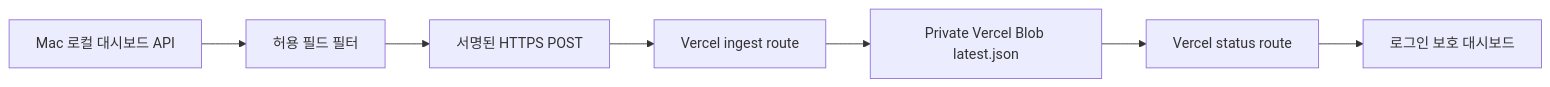
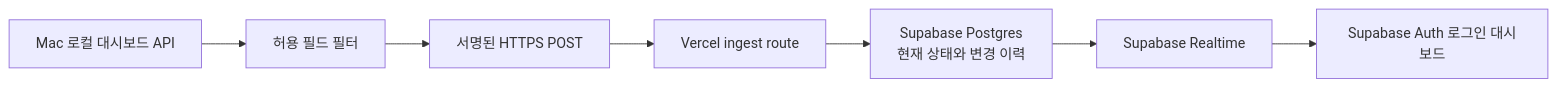
One commit to pmh10401/Dataset changed the diagram in docs/superpowers/specs/2026-07-20-vercel-dashboard-mirror-design.md. Above: the diagram before and after it, drawn with Mermaid. The commit also changed other lines of this file and 30 other files, not shown here.

Commit message:
feat: add Vercel Supabase experiment dashboard

````diff
--- a/docs/superpowers/specs/2026-07-20-vercel-dashboard-mirror-design.md
+++ b/docs/superpowers/specs/2026-07-20-vercel-dashboard-mirror-design.md
@@ -26,9 +26,9 @@
 ```mermaid
 flowchart LR
     A["Mac 로컬 대시보드 API"] --> B["허용 필드 필터"]
     B --> C["서명된 HTTPS POST"]
     C --> D["Vercel ingest route"]
-    D --> E["Private Vercel Blob latest.json"]
-    E --> F["Vercel status route"]
-    F --> G["로그인 보호 대시보드"]
+    D --> E["Supabase Postgres<br/>현재 상태와 변경 이력"]
+    E --> F["Supabase Realtime"]
+    F --> G["Supabase Auth 로그인 대시보드"]
 ```
````
